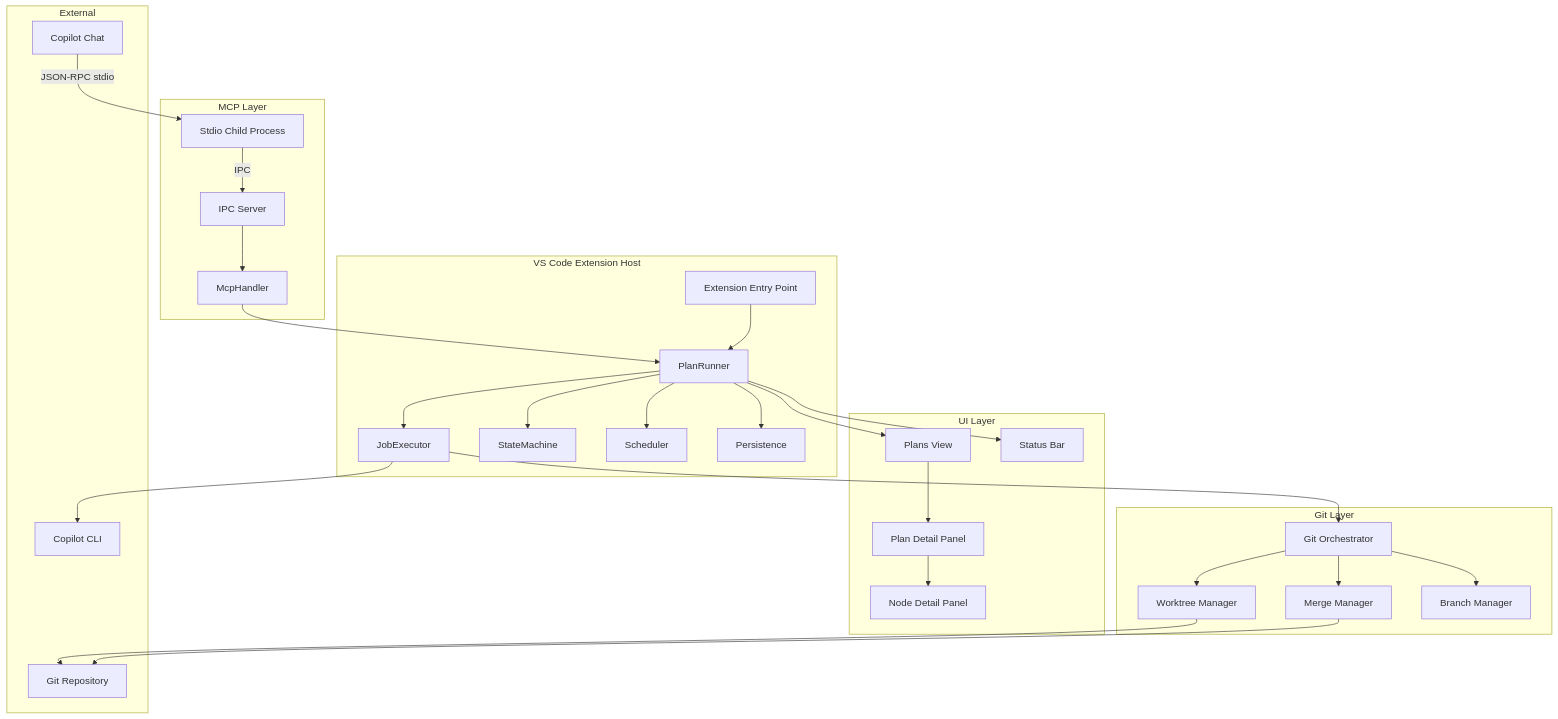
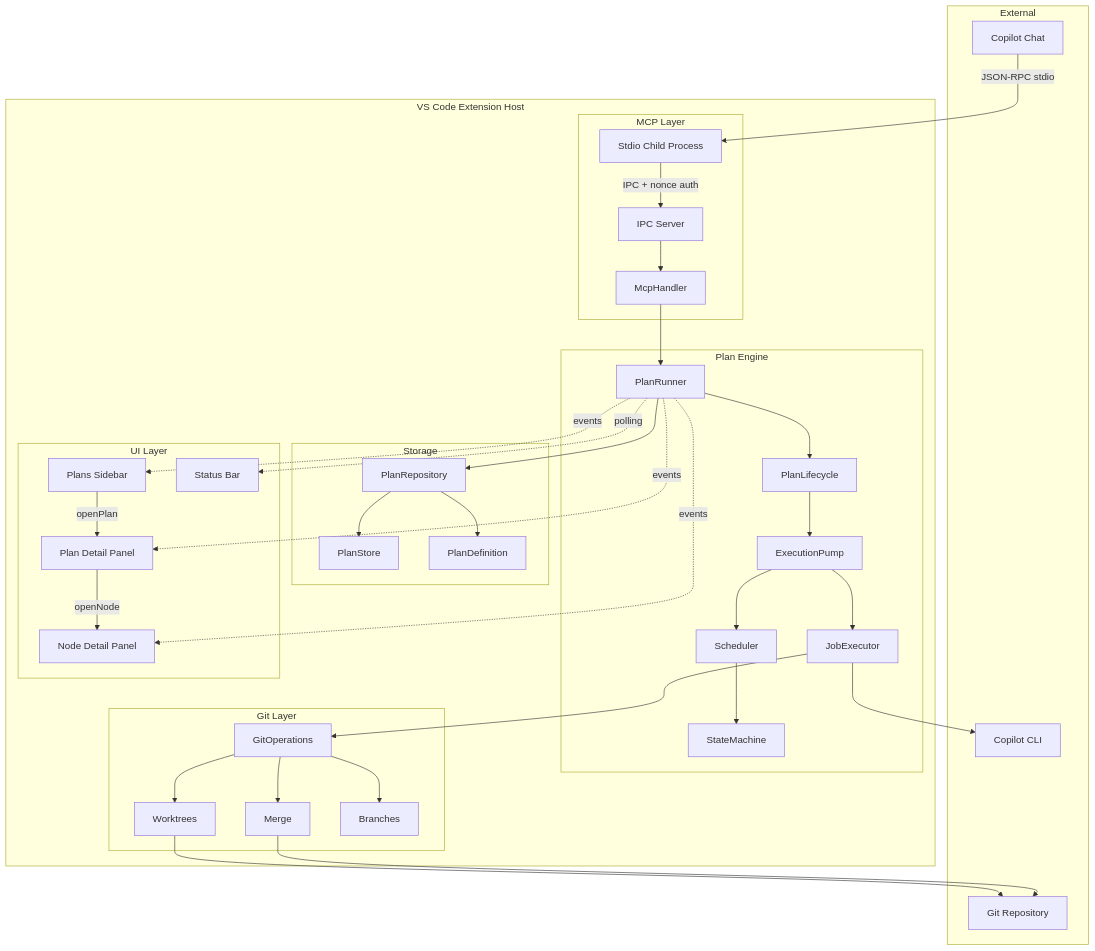
The first of 13 diagrams in docs/ARCHITECTURE.md (JeromySt/vscode-copilot-orchestrator), drawn with Mermaid before and after one commit. The commit also changed other lines of this file and 184 other files, not shown here.

````diff
--- a/docs/ARCHITECTURE.md
+++ b/docs/ARCHITECTURE.md
@@ -9,61 +9,74 @@
 ```mermaid
 graph TB
-    subgraph "VS Code Extension Host"
-        EXT[Extension Entry Point]
-        PR[PlanRunner]
-        EX[JobExecutor]
-        SM[StateMachine]
-        SCH[Scheduler]
-        PERS[Persistence]
-    end
-
-    subgraph "MCP Layer"
-        IPC[IPC Server]
-        STDIO[Stdio Child Process]
-        HANDLER[McpHandler]
-    end
-
-    subgraph "Git Layer"
-        GIT[Git Orchestrator]
-        WT[Worktree Manager]
-        MRG[Merge Manager]
-        BR[Branch Manager]
-    end
-
-    subgraph "UI Layer"
-        PV[Plans View]
-        SB[Status Bar]
-        PDP[Plan Detail Panel]
-        NDP[Node Detail Panel]
-    end
-
     subgraph "External"
         CHAT[Copilot Chat]
         CLI[Copilot CLI]
         REPO[Git Repository]
     end
 
+    subgraph "VS Code Extension Host"
+        subgraph "MCP Layer"
+            IPC[IPC Server]
+            STDIO[Stdio Child Process]
+            HANDLER[McpHandler]
+        end
+
+        subgraph "Plan Engine"
+            PR[PlanRunner]
+            LC[PlanLifecycle]
+            SM[StateMachine]
+            SCH[Scheduler]
+            PUMP[ExecutionPump]
+            EX[JobExecutor]
+        end
+
+        subgraph "Storage"
+            REPO_L[PlanRepository]
+            STORE[PlanStore]
+            DEF[PlanDefinition]
+        end
+
+        subgraph "Git Layer"
+            GIT[GitOperations]
+            WT[Worktrees]
+            MRG[Merge]
+            BR[Branches]
+        end
+
+        subgraph "UI Layer"
+            PV[Plans Sidebar]
+            SB[Status Bar]
+            PDP[Plan Detail Panel]
+            NDP[Node Detail Panel]
+        end
+    end
+
     CHAT -->|JSON-RPC stdio| STDIO
-    STDIO -->|IPC| IPC
+    STDIO -->|IPC + nonce auth| IPC
     IPC --> HANDLER
     HANDLER --> PR
 
-    EXT --> PR
-    PR --> SM
-    PR --> SCH
-    PR --> EX
-    PR --> PERS
-    PR --> PV
-    PR --> SB
-
+    PR --> LC
+    LC --> PUMP
+    PUMP --> SCH
+    SCH --> SM
+    PUMP --> EX
     EX --> GIT
     EX --> CLI
+    PR --> REPO_L
+    REPO_L --> STORE
+    REPO_L --> DEF
+
     GIT --> WT
     GIT --> MRG
     GIT --> BR
     WT --> REPO
     MRG --> REPO
 
-    PV --> PDP
-    PDP --> NDP
+    PR -.->|events| PV
+    PR -.->|events| PDP
+    PR -.->|events| NDP
+    PR -.->|polling| SB
+    PV -->|openPlan| PDP
+    PDP -->|openNode| NDP
 ```
````
